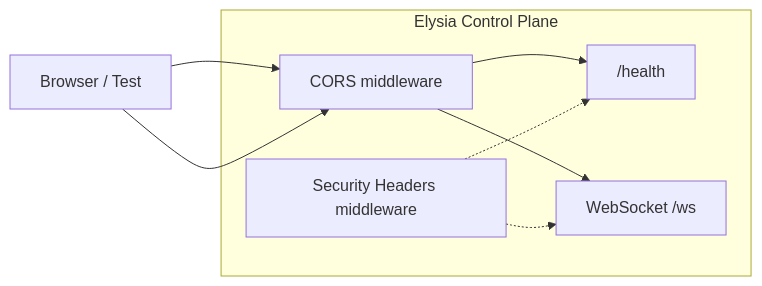
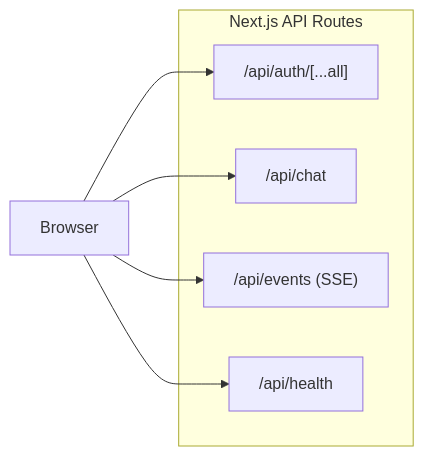
The third of 4 diagrams in plan/01-foundation.md (1qh/claw), drawn with Mermaid before and after one commit. The commit also changed other lines of this file and 181 other files, not shown here.

First line of the commit message:
Phase 4: Next.js frontend with shadcn, better-auth

````diff
--- a/plan/01-foundation.md
+++ b/plan/01-foundation.md
@@ -207,14 +214,11 @@
 ```mermaid
 graph LR
-    subgraph "Elysia Control Plane"
-        HEALTH["/health"]
-        WS["WebSocket /ws"]
-        CORS["CORS middleware"]
-        HELMET["Security Headers middleware"]
+    subgraph "Next.js API Routes"
+        AUTH["/api/auth/[...all]"]
+        CHAT["/api/chat"]
+        EVENTS["/api/events (SSE)"]
+        HEALTH["/api/health"]
     end
 
-    CLIENT["Browser / Test"] --> CORS --> HEALTH
-    CLIENT --> CORS --> WS
-    HELMET -.-> HEALTH
-    HELMET -.-> WS
+    CLIENT["Browser"] --> AUTH & CHAT & EVENTS & HEALTH
 ```
````
